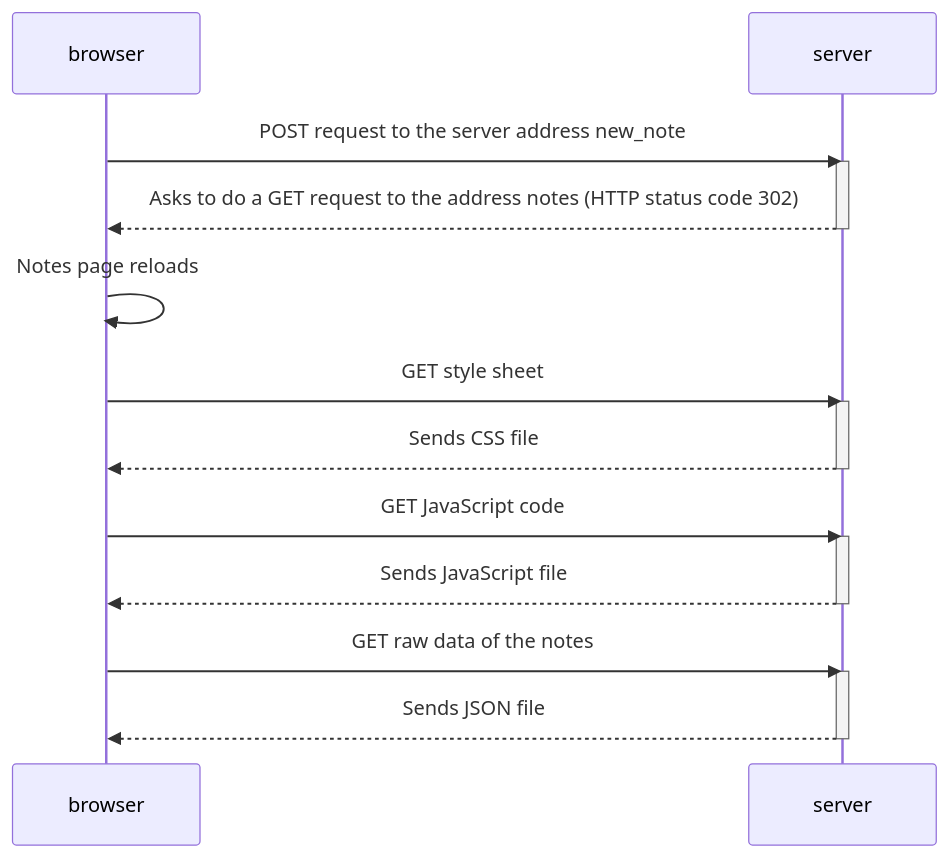
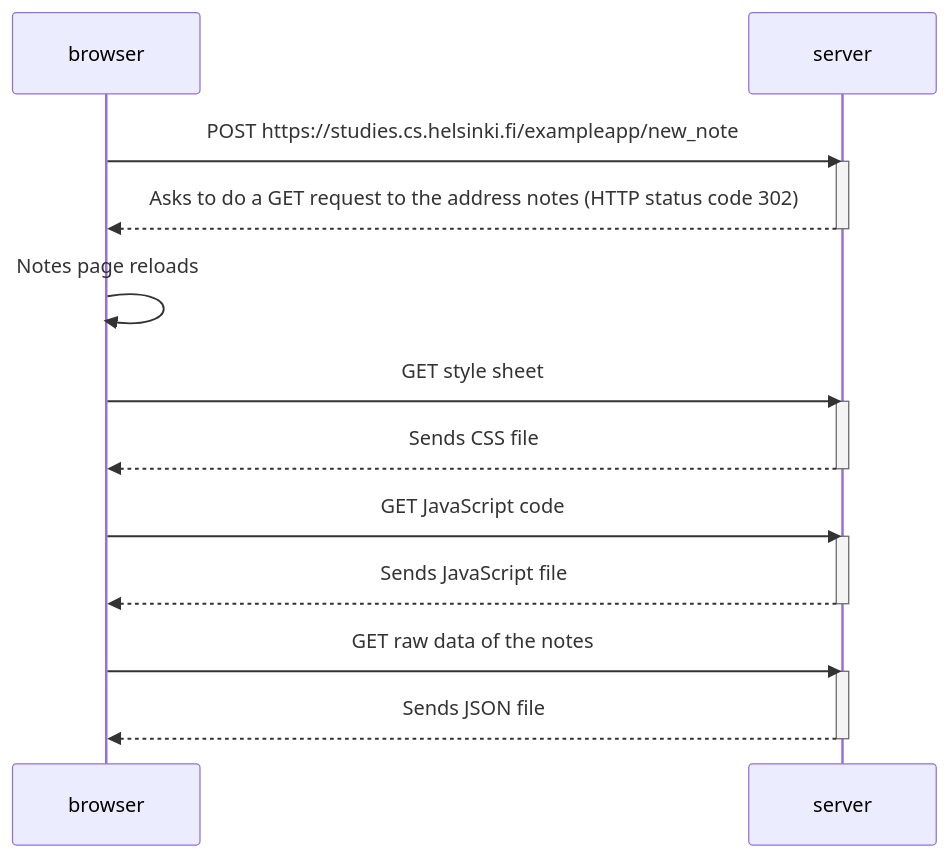
The diagram in Part0/0.4: New note diagram.md (early-dew/FullStackOpen), drawn with Mermaid before and after one commit.

Commit message:
Update 0.4: New note diagram.md

````diff
--- a/Part0/0.4: New note diagram.md
+++ b/Part0/0.4: New note diagram.md
@@ -1,22 +1,22 @@
 ```mermaid
 sequenceDiagram
  participant browser
  participant server
- browser->>server: POST request to the server address new_note
+ browser->>server: POST https://studies.cs.helsinki.fi/exampleapp/new_note
  activate server
  server-->>browser:  Asks to do a GET request to the address notes (HTTP status code 302)
  deactivate server
  browser->>browser: Notes page reloads
  browser->>server: GET style sheet
  activate server
  server-->>browser: Sends CSS file
  deactivate server
  browser->>server: GET JavaScript code
  activate server
  server-->>browser: Sends JavaScript file
  deactivate server
  browser->>server: GET raw data of the notes
  activate server
  server-->>browser: Sends JSON file
  deactivate server
 ```
````
